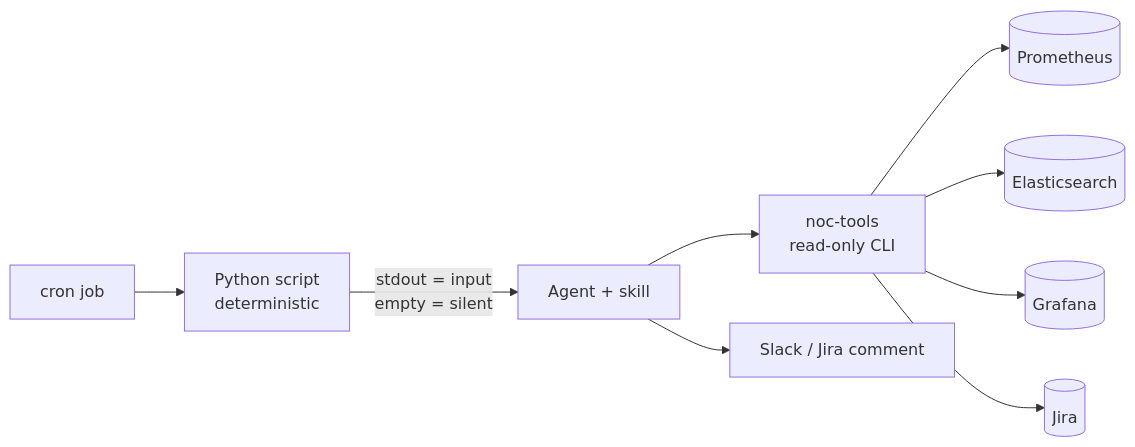
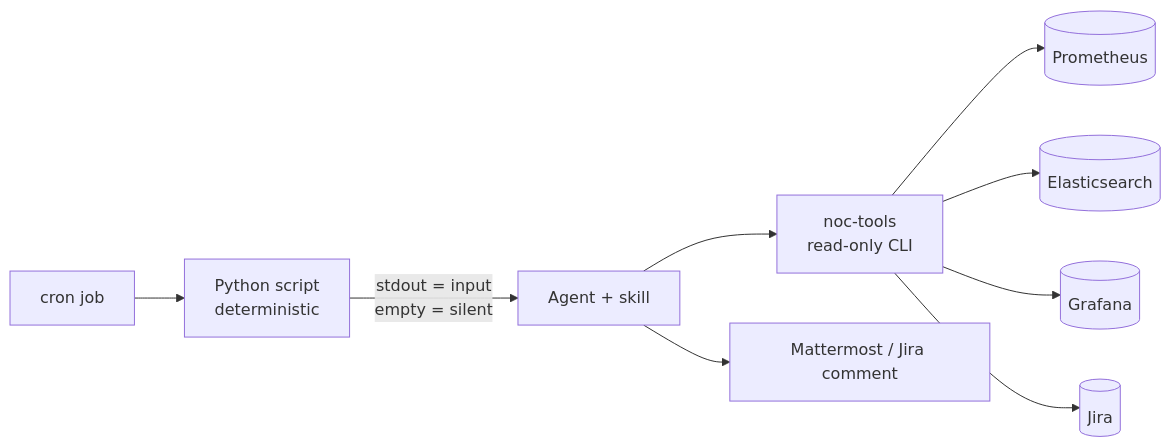
The diagram in README.md (eigenmodes/noc-engineer), drawn with Mermaid before and after one commit. The commit also changed other lines of this file and 12 other files, not shown here.

````diff
--- a/README.md
+++ b/README.md
@@ -21,11 +21,11 @@
 ```mermaid
 flowchart LR
     C[cron job] --> S[Python script<br/>deterministic]
     S -->|stdout = input<br/>empty = silent| A[Agent + skill]
     A --> T[noc-tools<br/>read-only CLI]
     T --> P[(Prometheus)]
     T --> E[(Elasticsearch)]
     T --> G[(Grafana)]
     T --> J[(Jira)]
-    A --> O[Slack / Jira comment]
+    A --> O[Mattermost / Jira comment]
 ```
````
